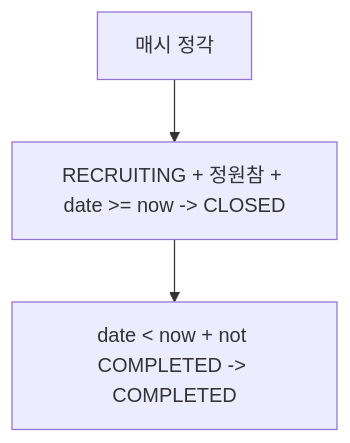
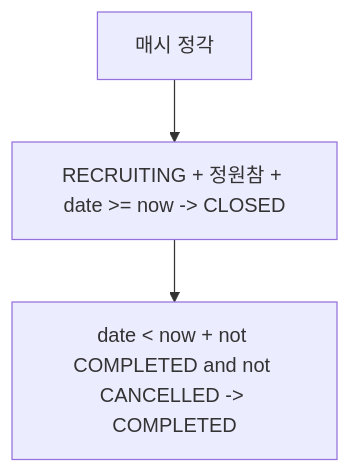
The sixth of 6 diagrams in docs/architecture/meetup/산책 & 오프라인 모임 아키텍처.md (makkong1/Petory), drawn with Mermaid before and after one commit. The commit also changed other lines of this file and 31 other files, not shown here.

````diff
--- a/docs/architecture/meetup/산책 & 오프라인 모임 아키텍처.md
+++ b/docs/architecture/meetup/산책 & 오프라인 모임 아키텍처.md
@@ -239,5 +240,5 @@
 ```mermaid
 flowchart TD
     Start["매시 정각"] --> Closed["RECRUITING + 정원참 + date >= now -> CLOSED"]
-    Closed --> Completed["date < now + not COMPLETED -> COMPLETED"]
+    Closed --> Completed["date < now + not COMPLETED and not CANCELLED -> COMPLETED"]
 ```
````
